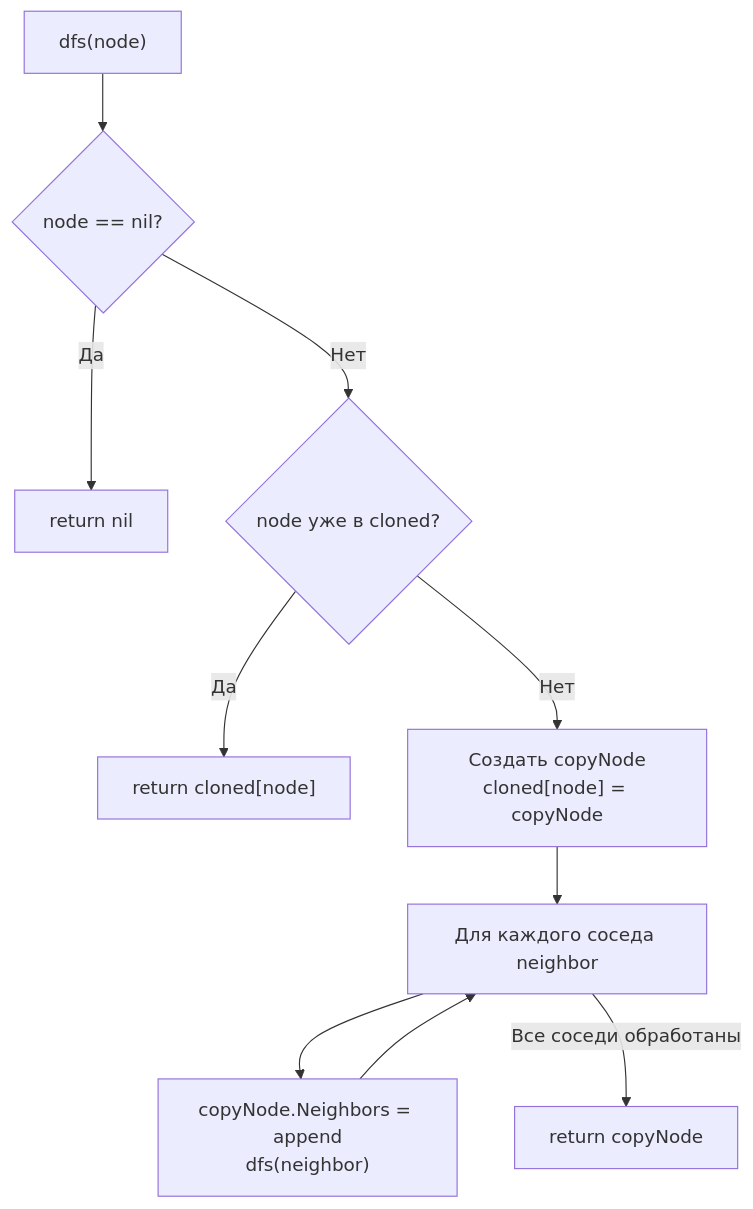
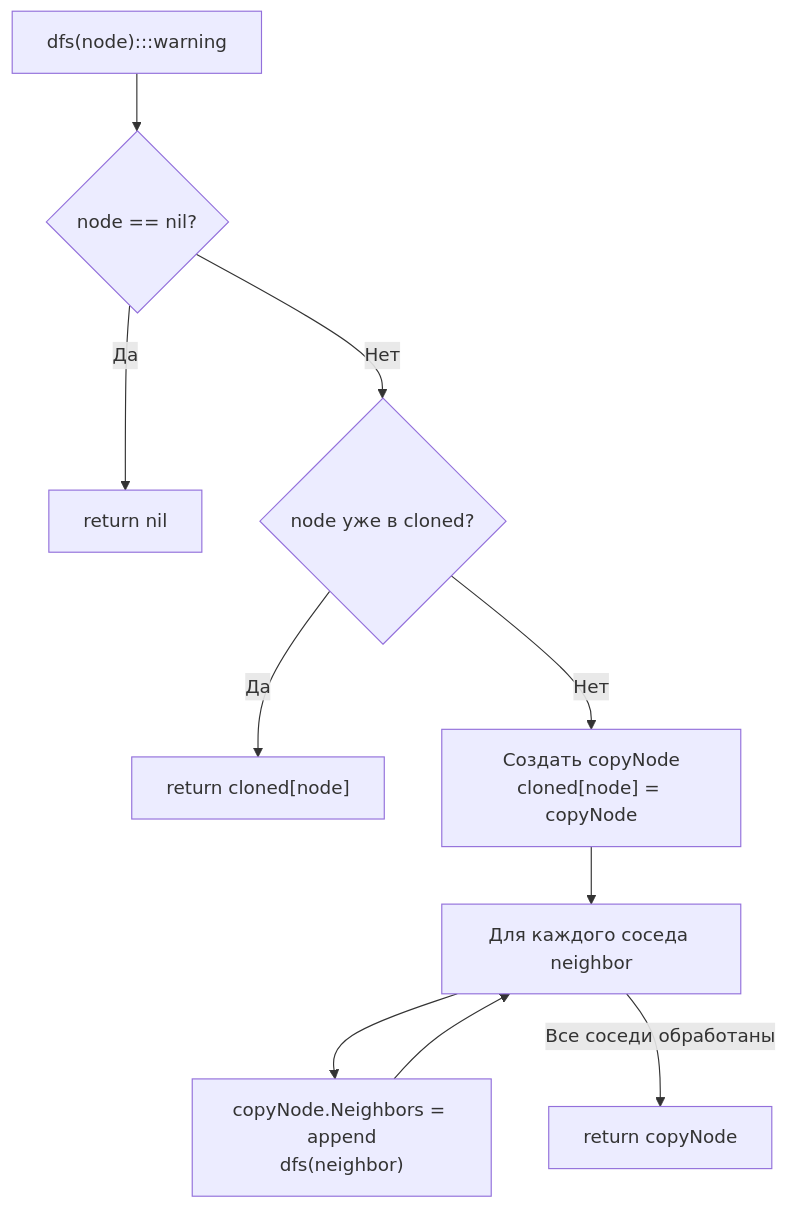
The diagram in sources/21. Задачи с LeetCode и собеседований на Go/02. Задачи/11. Поиск в глубину DFS/4. Clone Graph.md (UnrealTemplier/go-textbook), drawn with Mermaid before and after one commit. The commit also changed 1666 other files, not shown here.

First line of the commit message:
feat(mermaid): add semantic color classDef to 1369 colorless flowchart/graph diagrams

````diff
--- a/sources/21. Задачи с LeetCode и собеседований на Go/02. Задачи/11. Поиск в глубину DFS/4. Clone Graph.md
+++ b/sources/21. Задачи с LeetCode и собеседований на Go/02. Задачи/11. Поиск в глубину DFS/4. Clone Graph.md
@@ -89,12 +89,22 @@
 ```mermaid
 flowchart TD
-    A["dfs(node)"] --> B{"node == nil?"}
+    classDef process  fill:#1e293b,stroke:#38bdf8,stroke-width:1px,color:#f8fafc
+    classDef success  fill:#064e3b,stroke:#34d399,stroke-width:1px,color:#f8fafc
+    classDef error    fill:#7f1d1d,stroke:#f87171,stroke-width:1px,color:#f8fafc
+    classDef warning  fill:#78350f,stroke:#fbbf24,stroke-width:1px,color:#f8fafc
+    classDef entry    fill:#1e3a5f,stroke:#38bdf8,stroke-width:2px,color:#f8fafc
+    classDef aux      fill:#334155,stroke:#64748b,stroke-width:1px,color:#f8fafc
+    classDef system   fill:#312e81,stroke:#a78bfa,stroke-width:1px,color:#f8fafc
+    classDef data     fill:#132d29,stroke:#2dd4bf,stroke-width:1px,color:#f8fafc
+    classDef network  fill:#881337,stroke:#fb7185,stroke-width:1px,color:#f8fafc
+    classDef accent   fill:#1e1b4b,stroke:#818cf8,stroke-width:1px,color:#f8fafc
+    A["dfs(node):::warning"] --> B{"node == nil?"}
     B -->|"Да"| C["return nil"]
     B -->|"Нет"| D{"node уже в cloned?"}
     D -->|"Да"| E["return cloned[node]"]
     D -->|"Нет"| F["Создать copyNode<br>cloned[node] = copyNode"]
     F --> G["Для каждого соседа neighbor"]
     G --> H["copyNode.Neighbors = append<br>dfs(neighbor)"]
     H --> G
     G -->|"Все соседи обработаны"| I["return copyNode"]
 ```
````
